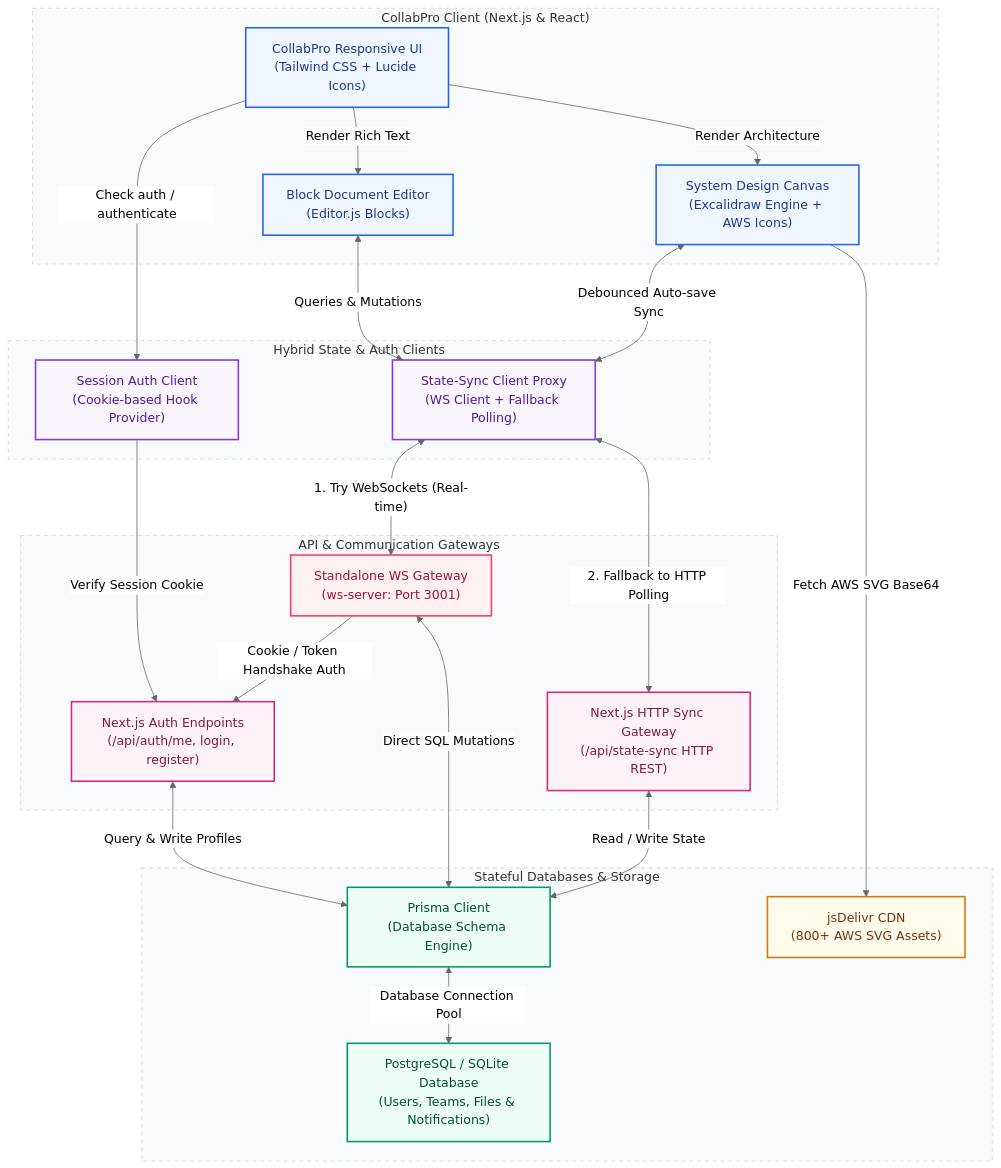
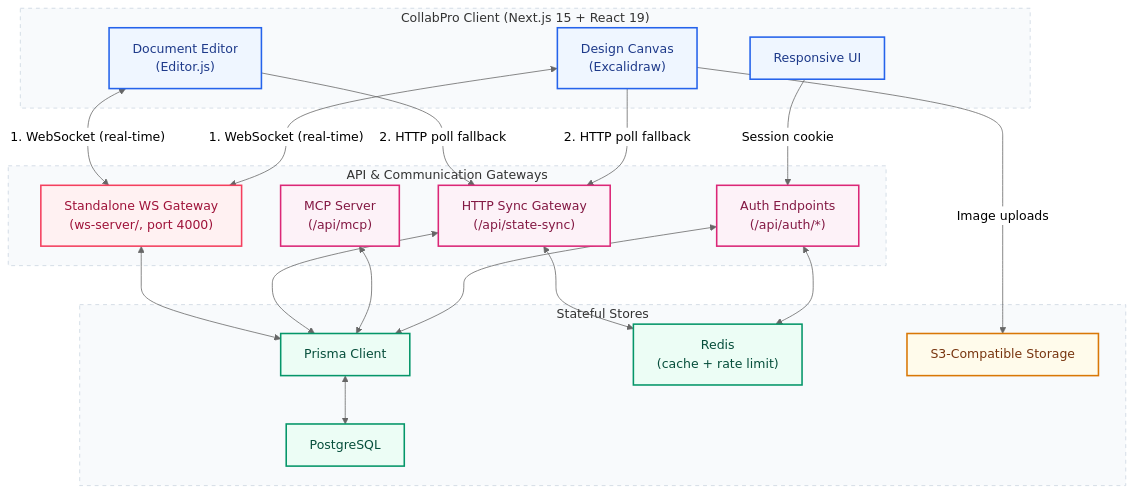
One commit to manish-9245/collabpro changed the diagram in README.md. Above: the diagram before and after it, drawn with Mermaid (neutral theme). The commit also changed other lines of this file and 4 other files, not shown here.

First line of the commit message:
docs(issue-221): fix README facts, add architecture deep-dive and repo health files

````diff
--- a/README.md
+++ b/README.md
@@ -62,60 +58,48 @@
 ```mermaid
 graph TD
-    %% Define Styles & Classes
     classDef client fill:#eff6ff,stroke:#2563eb,stroke-width:2px,color:#1e3a8a;
     classDef engine fill:#faf5ff,stroke:#7c3aed,stroke-width:2px,color:#4c1d95;
     classDef server fill:#fdf2f8,stroke:#db2777,stroke-width:2px,color:#831843;
     classDef ws fill:#fff1f2,stroke:#f43f5e,stroke-width:2px,color:#9f1239;
     classDef db fill:#ecfdf5,stroke:#059669,stroke-width:2px,color:#064e3b;
     classDef storage fill:#fffbeb,stroke:#d97706,stroke-width:2px,color:#78350f;
 
-    subgraph ClientLayer ["CollabPro Client (Next.js & React)"]
-        UI["CollabPro Responsive UI<br/>(Tailwind CSS + Lucide Icons)"]:::client
-        EditorComponent["Block Document Editor<br/>(Editor.js Blocks)"]:::client
-        CanvasComponent["System Design Canvas<br/>(Excalidraw Engine + AWS Icons)"]:::client
-    end
-
-    subgraph SyncLayer ["Hybrid State & Auth Clients"]
-        SessionAuthClient["Session Auth Client<br/>(Cookie-based Hook Provider)"]:::engine
-        StateSyncClient["State-Sync Client Proxy<br/>(WS Client + Fallback Polling)"]:::engine
+    subgraph ClientLayer ["CollabPro Client (Next.js 15 + React 19)"]
+        UI["Responsive UI"]:::client
+        EditorComponent["Document Editor<br/>(Editor.js)"]:::client
+        CanvasComponent["Design Canvas<br/>(Excalidraw)"]:::client
     end
 
     subgraph GatewayLayer ["API & Communication Gateways"]
-        AuthAPI["Next.js Auth Endpoints<br/>(/api/auth/me, login, register)"]:::server
-        SyncAPI["Next.js HTTP Sync Gateway<br/>(/api/state-sync HTTP REST)"]:::server
-        WSGateway["Standalone WS Gateway<br/>(ws-server: Port 3001)"]:::ws
+        AuthAPI["Auth Endpoints<br/>(/api/auth/*)"]:::server
+        SyncAPI["HTTP Sync Gateway<br/>(/api/state-sync)"]:::server
+        McpAPI["MCP Server<br/>(/api/mcp)"]:::server
+        WSGateway["Standalone WS Gateway<br/>(ws-server/, port 4000)"]:::ws
     end
 
-    subgraph DataLayer ["Stateful Databases & Storage"]
-        PrismaORM["Prisma Client<br/>(Database Schema Engine)"]:::db
-        PostgresDB["PostgreSQL / SQLite Database<br/>(Users, Teams, Files & Notifications)"]:::db
-        AWS_Icons_List["jsDelivr CDN<br/>(800+ AWS SVG Assets)"]:::storage
+    subgraph DataLayer ["Stateful Stores"]
+        PrismaORM["Prisma Client"]:::db
+        PostgresDB["PostgreSQL"]:::db
+        RedisStore["Redis<br/>(cache + rate limit)"]:::db
+        S3Store["S3-Compatible Storage"]:::storage
     end
 
-    %% Flow Connections
-    UI -->|Check auth / authenticate| SessionAuthClient
-    SessionAuthClient -->|Verify Session Cookie| AuthAPI
-    
-    UI -->|Render Rich Text| EditorComponent
-    UI -->|Render Architecture| CanvasComponent
-    
-    EditorComponent <-->|Queries & Mutations| StateSyncClient
-    CanvasComponent <-->|Debounced Auto-save Sync| StateSyncClient
-    CanvasComponent -->|Fetch AWS SVG Base64| AWS_Icons_List
+    UI -->|Session cookie| AuthAPI
+    EditorComponent <-->|"1. WebSocket (real-time)"| WSGateway
+    CanvasComponent <-->|"1. WebSocket (real-time)"| WSGateway
+    EditorComponent -->|"2. HTTP poll fallback"| SyncAPI
+    CanvasComponent -->|"2. HTTP poll fallback"| SyncAPI
+    CanvasComponent -->|Image uploads| S3Store
 
-    %% Hybrid State Sync routing
-    StateSyncClient <-->|"1. Try WebSockets (Real-time)"| WSGateway
-    StateSyncClient <-->|"2. Fallback to HTTP Polling"| SyncAPI
+    WSGateway <--> PrismaORM
+    SyncAPI <--> PrismaORM
+    SyncAPI <--> RedisStore
+    AuthAPI <--> RedisStore
+    McpAPI <--> PrismaORM
+    AuthAPI <--> PrismaORM
+    PrismaORM <--> PostgresDB
 
-    WSGateway -->|Cookie / Token Handshake Auth| AuthAPI
-    WSGateway <-->|Direct SQL Mutations| PrismaORM
-    SyncAPI <-->|Read / Write State| PrismaORM
-    AuthAPI <-->|Query & Write Profiles| PrismaORM
-    PrismaORM <-->|Database Connection Pool| PostgresDB
-
-    %% Layout Links
     style ClientLayer fill:#f8fafc,stroke:#cbd5e1,stroke-dasharray: 5 5;
-    style SyncLayer fill:#f8fafc,stroke:#cbd5e1,stroke-dasharray: 5 5;
     style GatewayLayer fill:#f8fafc,stroke:#cbd5e1,stroke-dasharray: 5 5;
     style DataLayer fill:#f8fafc,stroke:#cbd5e1,stroke-dasharray: 5 5;
 ```
````
